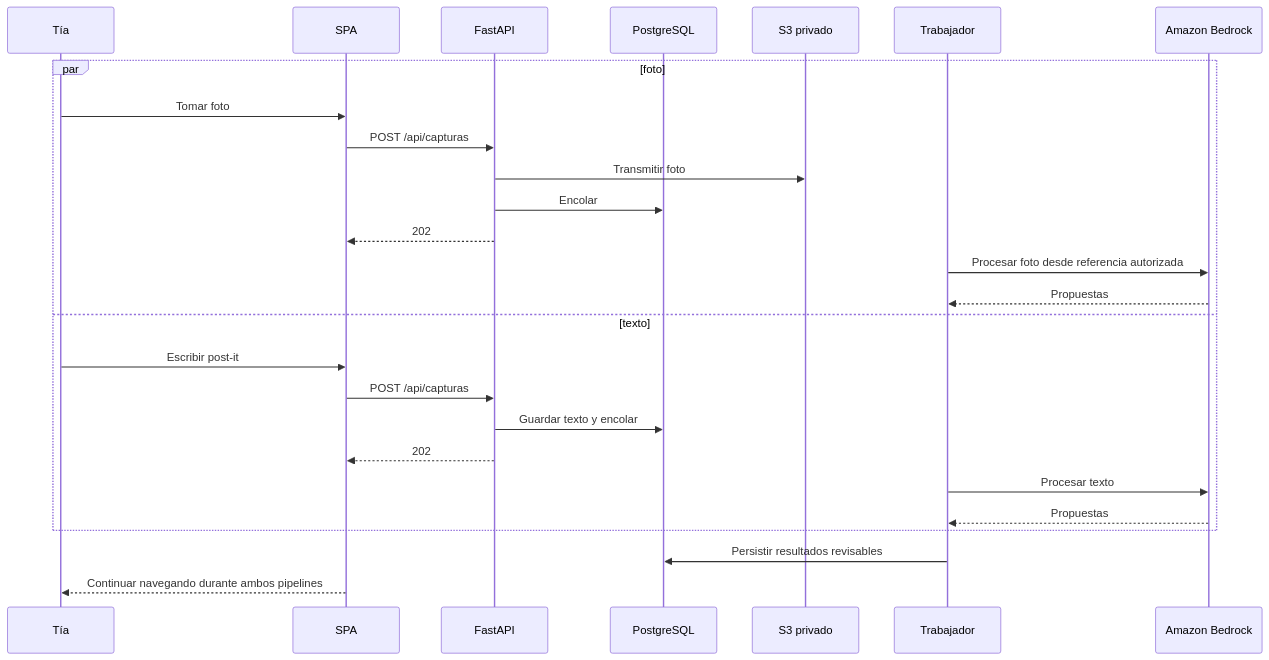
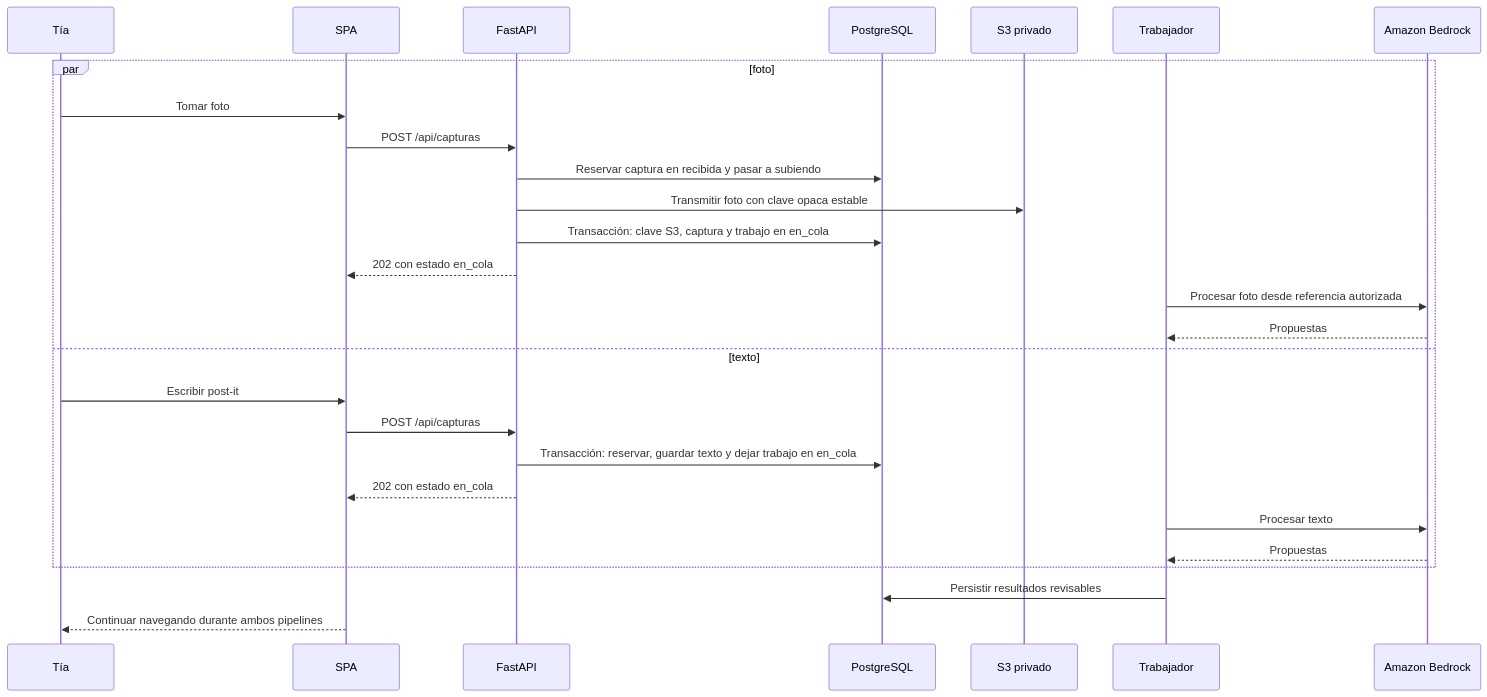
One commit to BastiCan/Hackathon changed the sixth of 8 diagrams in .kiro/specs/kindergarten-observation-platform/design.md. Above: the diagram before and after it, drawn with Mermaid. The commit also changed other lines of this file, not shown here.

````diff
--- a/.kiro/specs/kindergarten-observation-platform/design.md
+++ b/.kiro/specs/kindergarten-observation-platform/design.md
@@ -219,28 +223,29 @@
 ```mermaid
 sequenceDiagram
     participant T as Tía
     participant W as SPA
     participant A as FastAPI
     participant D as PostgreSQL
     participant S as S3 privado
     participant Q as Trabajador
     participant B as Amazon Bedrock
     par foto
         T->>W: Tomar foto
         W->>A: POST /api/capturas
-        A->>S: Transmitir foto
-        A->>D: Encolar
-        A-->>W: 202
+        A->>D: Reservar captura en recibida y pasar a subiendo
+        A->>S: Transmitir foto con clave opaca estable
+        A->>D: Transacción: clave S3, captura y trabajo en en_cola
+        A-->>W: 202 con estado en_cola
         Q->>B: Procesar foto desde referencia autorizada
         B-->>Q: Propuestas
     and texto
         T->>W: Escribir post-it
         W->>A: POST /api/capturas
-        A->>D: Guardar texto y encolar
-        A-->>W: 202
+        A->>D: Transacción: reservar, guardar texto y dejar trabajo en en_cola
+        A-->>W: 202 con estado en_cola
         Q->>B: Procesar texto
         B-->>Q: Propuestas
     end
     Q->>D: Persistir resultados revisables
     W-->>T: Continuar navegando durante ambos pipelines
 ```
````
